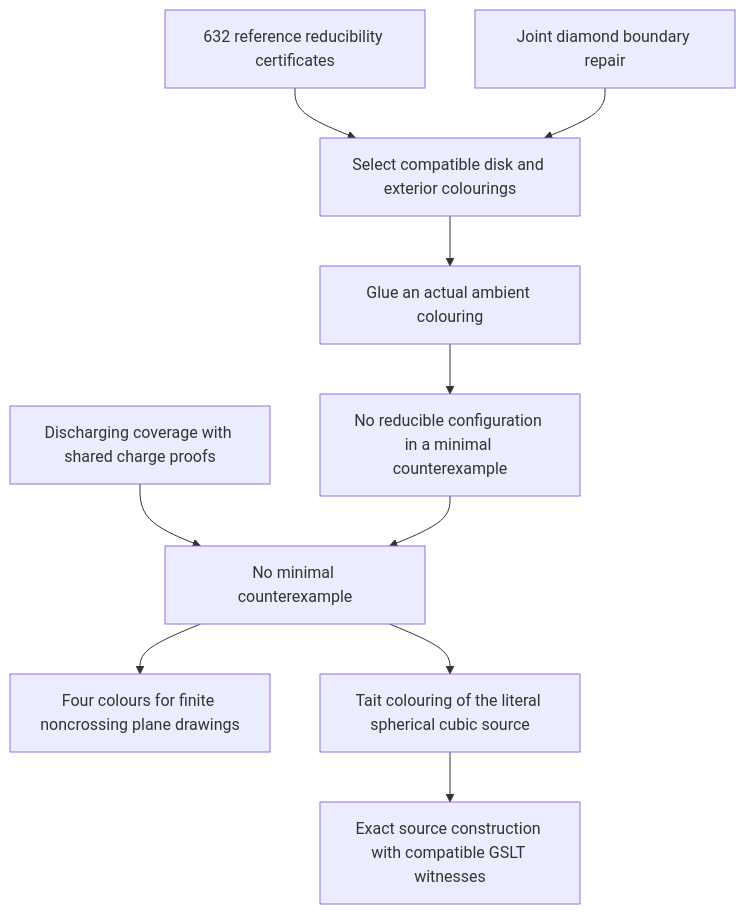
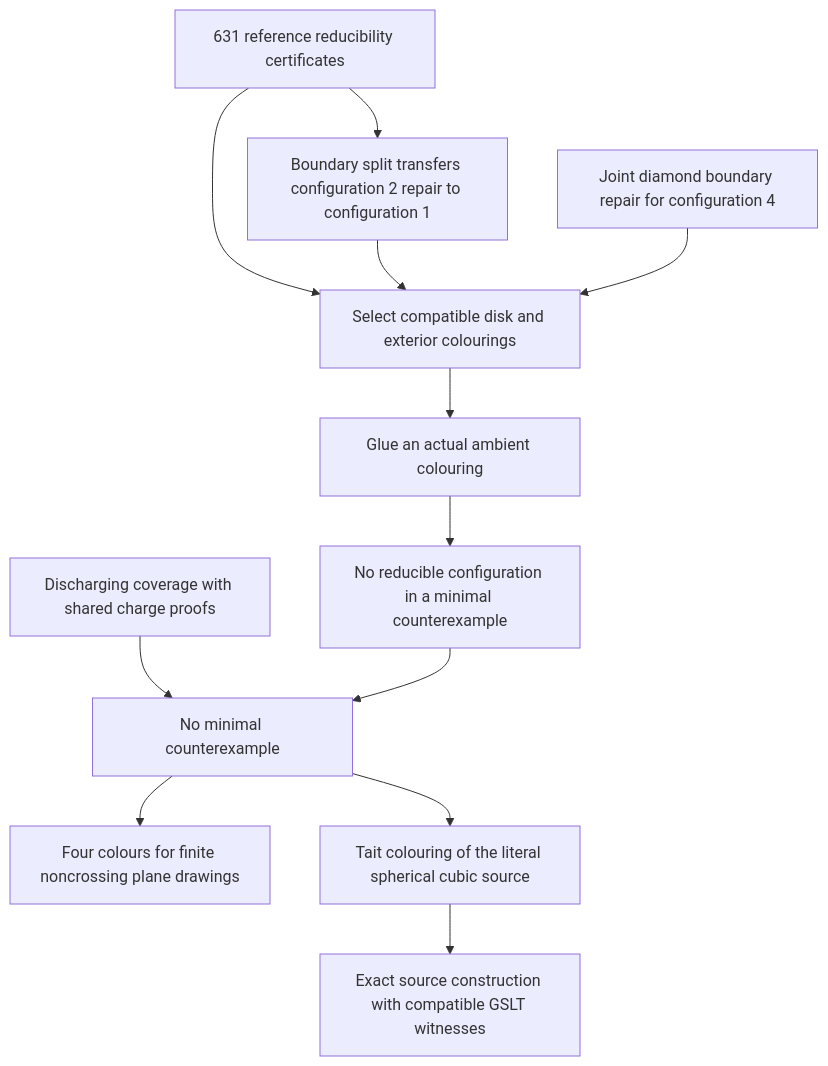
The diagram in papers/benxiv/fourcolor-compositional/README.md (godelclaw/MeTTapedia), drawn with Mermaid before and after one commit. The commit also changed other lines of this file and 15 other files, not shown here.

Commit message:
feat(fourcolor): transfer diamond repair through boundary splitting

````diff
--- a/papers/benxiv/fourcolor-compositional/README.md
+++ b/papers/benxiv/fourcolor-compositional/README.md
@@ -65,12 +68,14 @@
 ```mermaid
 flowchart TD
-  C[632 reference reducibility certificates] --> R[Select compatible disk and exterior colourings]
-  J[Joint diamond boundary repair] --> R
+  C[631 reference reducibility certificates] --> R[Select compatible disk and exterior colourings]
+  C --> B[Boundary split transfers configuration 2 repair to configuration 1]
+  B --> R
+  J[Joint diamond boundary repair for configuration 4] --> R
   R --> G[Glue an actual ambient colouring]
   G --> M[No reducible configuration in a minimal counterexample]
   D[Discharging coverage with shared charge proofs] --> N[No minimal counterexample]
   M --> N
   N --> P[Four colours for finite noncrossing plane drawings]
   N --> T[Tait colouring of the literal spherical cubic source]
   T --> S[Exact source construction with compatible GSLT witnesses]
 ```
````
